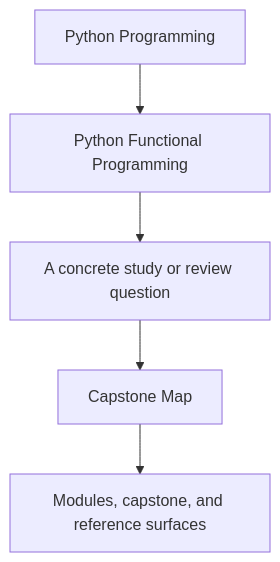
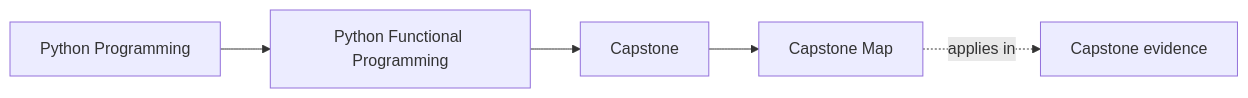
One commit to bijux/bijux-masterclass changed the first of 2 diagrams in programs/python-programming/python-functional-programming/course-book/capstone/capstone-map.md. Above: the diagram before and after it, drawn with Mermaid. The commit also changed other lines of this file and 108 other files, not shown here.

Commit message:
docs(python-functional-programming): map capstone and advanced design surfaces

````diff
--- a/programs/python-programming/python-functional-programming/course-book/capstone/capstone-map.md
+++ b/programs/python-programming/python-functional-programming/course-book/capstone/capstone-map.md
@@ -7,7 +7,11 @@
 ```mermaid
-flowchart TD
-  family["Python Programming"] --> program["Python Functional Programming"]
-  program --> pressure["A concrete study or review question"]
-  pressure --> guide["Capstone Map"]
-  guide --> next["Modules, capstone, and reference surfaces"]
+graph LR
+  family["Python Programming"]
+  program["Python Functional Programming"]
+  section["Capstone"]
+  page["Capstone Map"]
+  capstone["Capstone evidence"]
+
+  family --> program --> section --> page
+  page -.applies in.-> capstone
 ```
````
